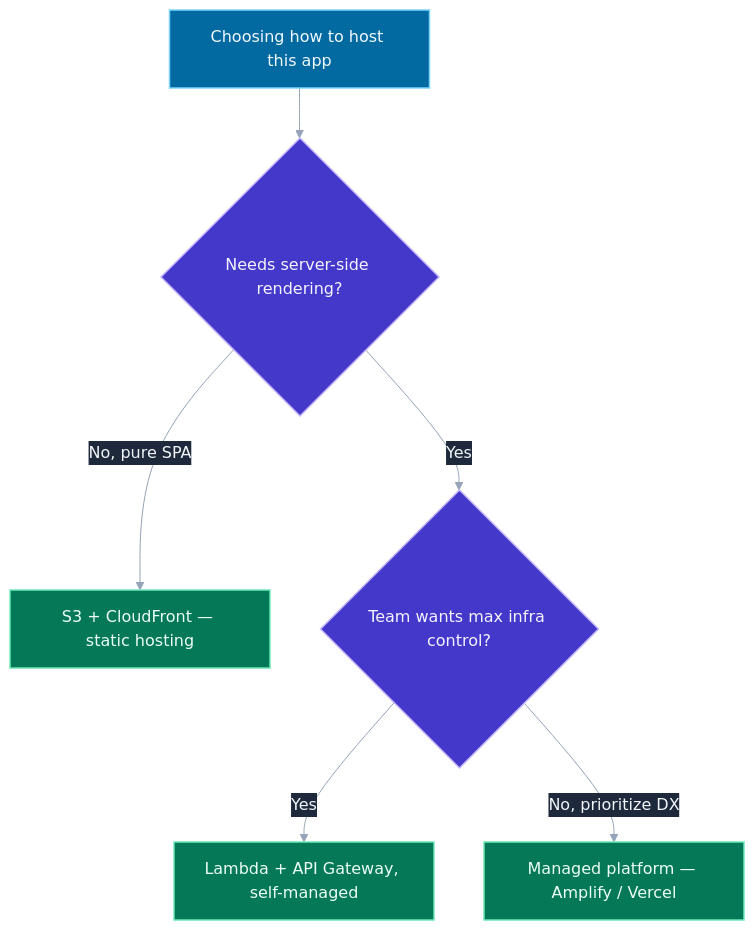
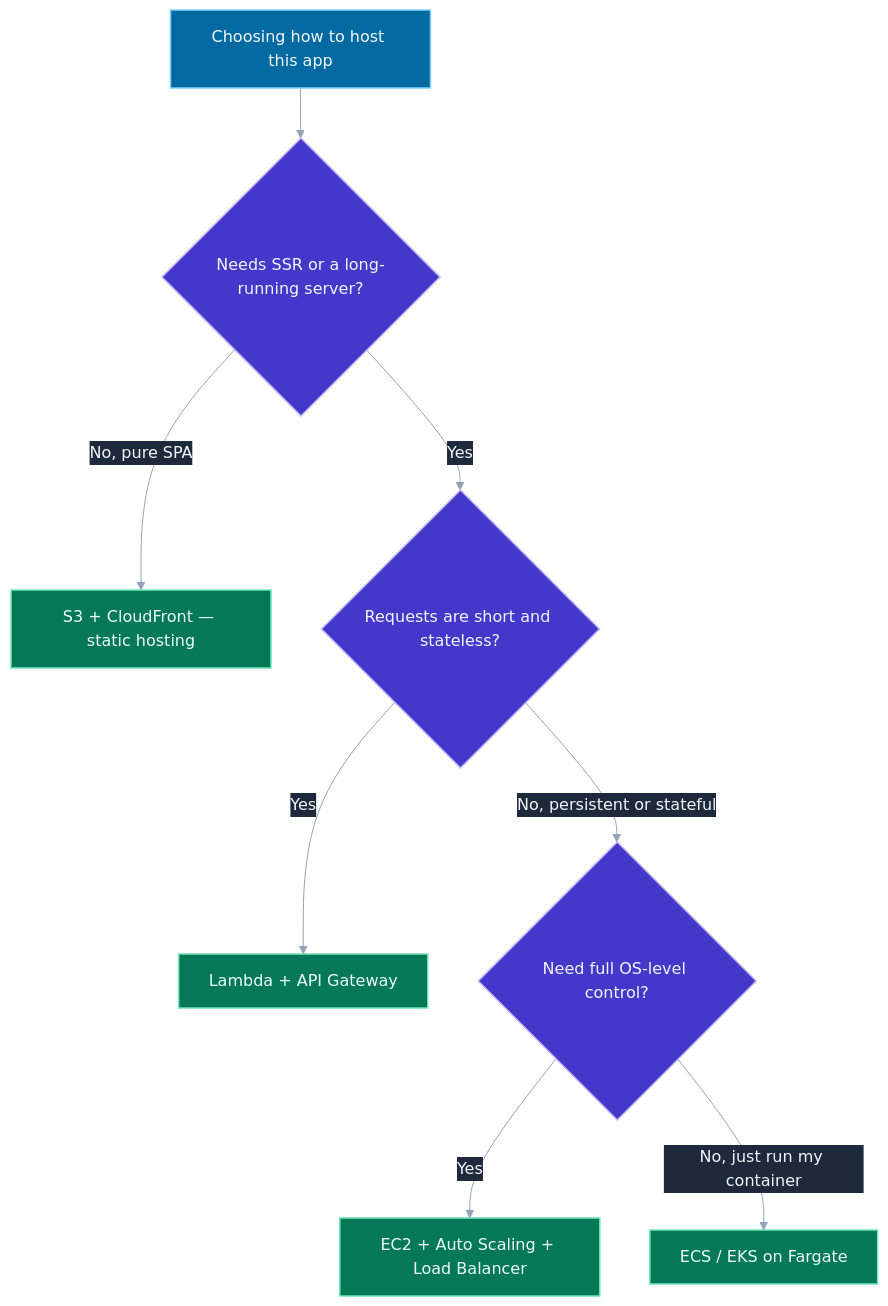
The second of 2 diagrams in data/topics/aws-cloud-fundamentals.md (vinayakhumberi/litmus), drawn with Mermaid before and after one commit. The commit also changed other lines of this file, not shown here.

````diff
--- a/data/topics/aws-cloud-fundamentals.md
+++ b/data/topics/aws-cloud-fundamentals.md
@@ -95,17 +120,19 @@
 ```mermaid
 %%{init: {"theme": "base", "themeVariables": {"primaryColor":"#334155","primaryTextColor":"#f1f5f9","primaryBorderColor":"#64748b","lineColor":"#94a3b8","edgeLabelBackground":"#1e293b","textColor":"#f1f5f9","fontSize":"16px"}}}%%
 flowchart TD
-    A["Choosing how to host this app"] --> B{"Needs server-side rendering?"}
+    A["Choosing how to host this app"] --> B{"Needs SSR or a long-running server?"}
     B -- "No, pure SPA" --> C["S3 + CloudFront — static hosting"]
-    B -- "Yes" --> D{"Team wants max infra control?"}
-    D -- "Yes" --> E["Lambda + API Gateway, self-managed"]
-    D -- "No, prioritize DX" --> F["Managed platform — Amplify / Vercel"]
+    B -- "Yes" --> D{"Requests are short and stateless?"}
+    D -- "Yes" --> E["Lambda + API Gateway"]
+    D -- "No, persistent or stateful" --> F{"Need full OS-level control?"}
+    F -- "Yes" --> G["EC2 + Auto Scaling + Load Balancer"]
+    F -- "No, just run my container" --> H["ECS / EKS on Fargate"]
 
     classDef start fill:#0369a1,stroke:#7dd3fc,color:#f0f9ff,stroke-width:1.5px
     classDef decision fill:#4338ca,stroke:#c4b5fd,color:#f5f3ff,stroke-width:1.5px
     classDef result fill:#047857,stroke:#6ee7b7,color:#ecfdf5,stroke-width:1.5px
 
     class A start
-    class B,D decision
-    class C,E,F result
+    class B,D,F decision
+    class C,E,G,H result
 ```
````
